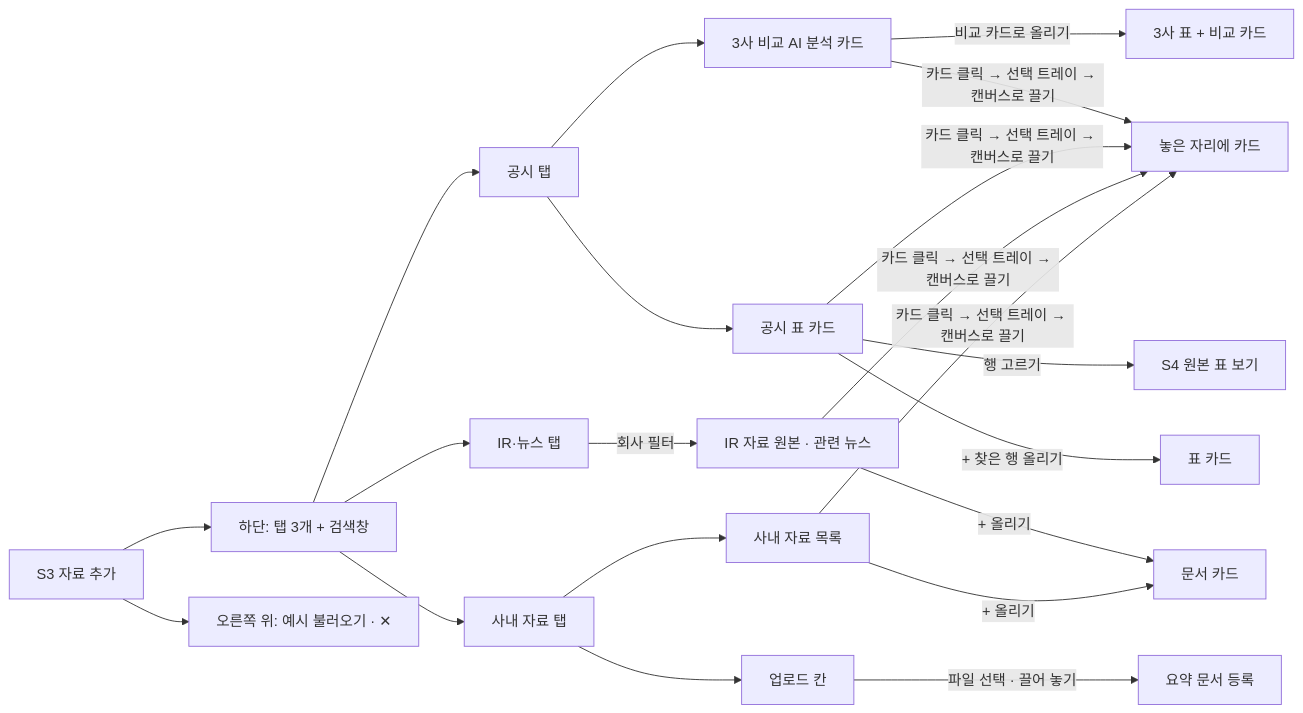
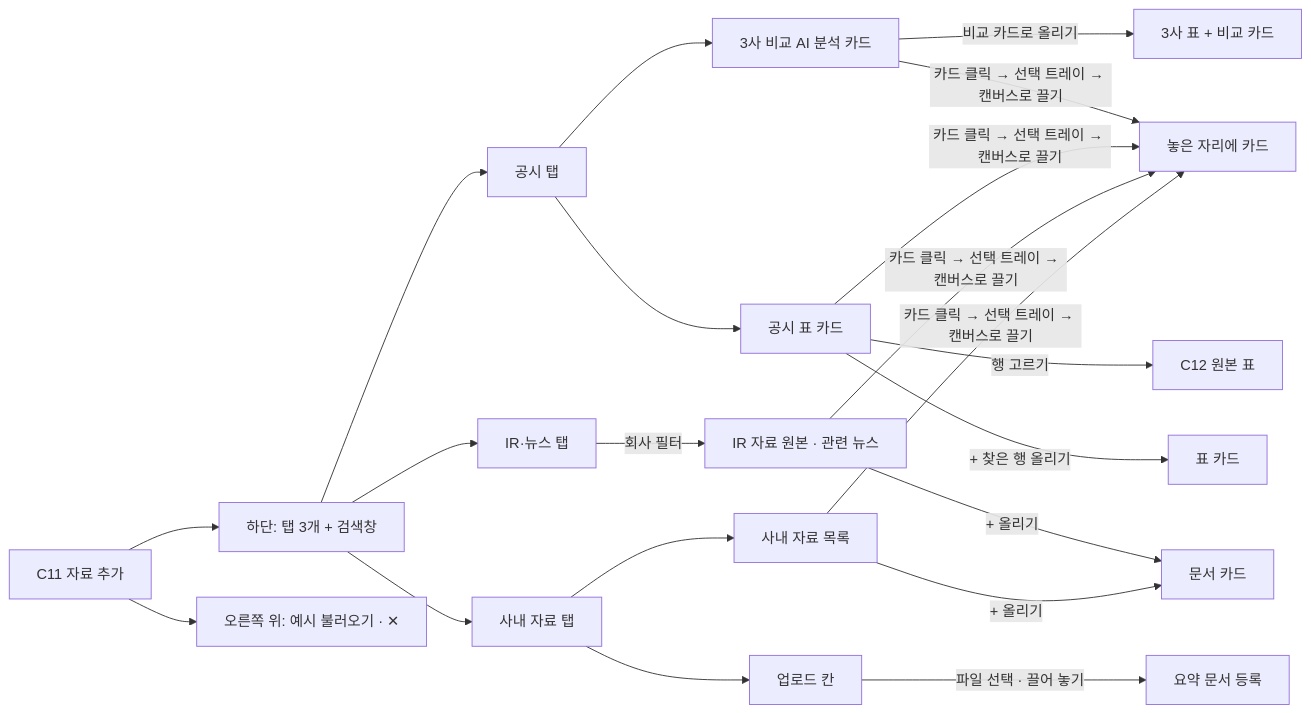
The ninth of 12 diagrams in docs/frontend/ia.md (vamos-team/telescope), drawn with Mermaid before and after one commit. The commit also changed other lines of this file and 13 other files, not shown here.

````diff
--- a/docs/frontend/ia.md
+++ b/docs/frontend/ia.md
@@ -257,20 +343,20 @@
 ```mermaid
 flowchart LR
-  S3["S3 자료 추가"] --> DK["하단: 탭 3개 + 검색창"]
-  S3 --> X["오른쪽 위: 예시 불러오기 · ✕"]
+  C11["C11 자료 추가"] --> DK["하단: 탭 3개 + 검색창"]
+  C11 --> X["오른쪽 위: 예시 불러오기 · ✕"]
   DK --> A["공시 탭"]
   DK --> N["IR·뉴스 탭"]
   DK --> I["사내 자료 탭"]
   A --> A1["3사 비교 AI 분석 카드"]
   A --> A2["공시 표 카드"]
   A1 -->|비교 카드로 올리기| R1["3사 표 + 비교 카드"]
-  A2 -->|행 고르기| R2["S4 원본 표 보기"]
+  A2 -->|행 고르기| R2["C12 원본 표"]
   A2 -->|"+ 찾은 행 올리기"| R3["표 카드"]
   N -->|회사 필터| N1["IR 자료 원본 · 관련 뉴스"]
   N1 -->|"+ 올리기"| R4["문서 카드"]
   I --> I1["사내 자료 목록"]
   I --> I2["업로드 칸"]
   I1 -->|"+ 올리기"| R4
   I2 -->|"파일 선택 · 끌어 놓기"| R5["요약 문서 등록"]
   A1 & A2 & N1 & I1 -->|"카드 클릭 → 선택 트레이 → 캔버스로 끌기"| R6["놓은 자리에 카드"]
 ```
````
